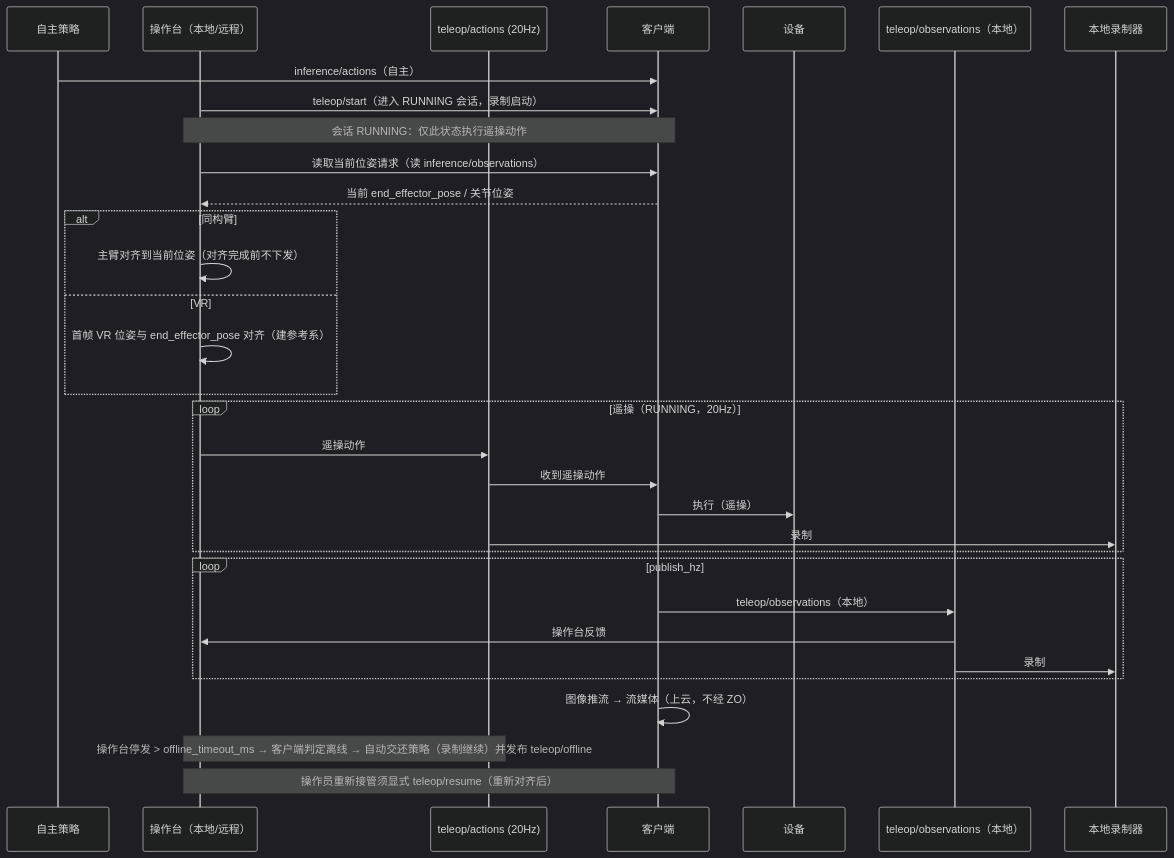
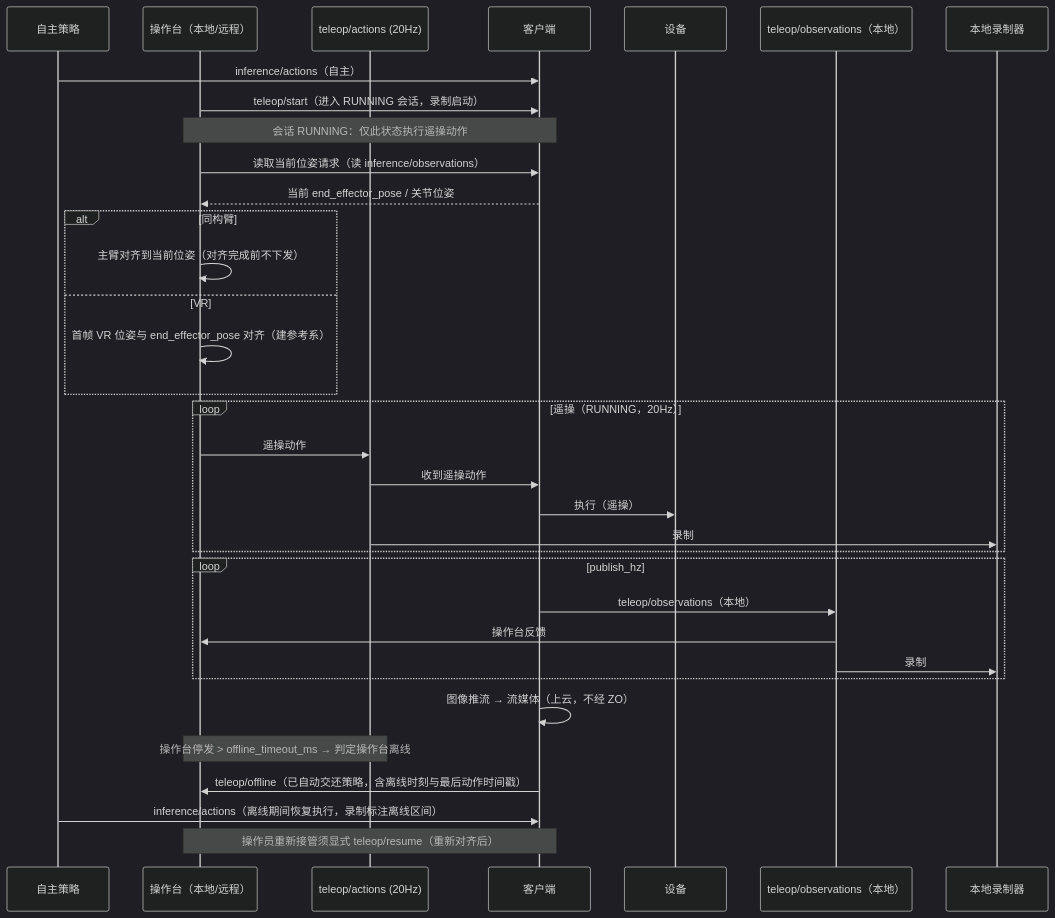
One commit to vincentguiling/cloudrobo-sdk-client changed the diagram in docs/design/r2c-teleop-data-collection-design.md. Above: the diagram before and after it, drawn with Mermaid (dark theme).

Commit message:
docs(design): 更新遥操关键时序图——显式 teleop/offline 事件与离线期策略恢复
- 离线交还由 Note 描述升级为显式消息流：teleop/offline 事件（含离线
  时刻与最后动作时间戳）发往操作台
- 补充离线期间 inference/actions 恢复执行、录制标注离线区间

````diff
--- a/docs/design/r2c-teleop-data-collection-design.md
+++ b/docs/design/r2c-teleop-data-collection-design.md
@@ -144,35 +144,37 @@
 ```mermaid
 sequenceDiagram
     participant P as 自主策略
     participant O as 操作台（本地/远程）
     participant ZA as teleop/actions (20Hz)
     participant C as 客户端
     participant F as 设备
     participant ZO as teleop/observations（本地）
     participant R as 本地录制器
 
     P->>C: inference/actions（自主）
     O->>C: teleop/start（进入 RUNNING 会话，录制启动）
     Note over O,C: 会话 RUNNING：仅此状态执行遥操动作
     O->>C: 读取当前位姿请求（读 inference/observations）
     C-->>O: 当前 end_effector_pose / 关节位姿
     alt 同构臂
         O->>O: 主臂对齐到当前位姿（对齐完成前不下发）
     else VR
         O->>O: 首帧 VR 位姿与 end_effector_pose 对齐（建参考系）
     end
     loop 遥操（RUNNING，20Hz）
         O->>ZA: 遥操动作
         ZA->>C: 收到遥操动作
         C->>F: 执行（遥操）
         ZA->>R: 录制
     end
     loop publish_hz
         C->>ZO: teleop/observations（本地）
         ZO->>O: 操作台反馈
         ZO->>R: 录制
     end
     C->>C: 图像推流 → 流媒体（上云，不经 ZO）
-    Note over O,ZA: 操作台停发 > offline_timeout_ms → 客户端判定离线 → 自动交还策略（录制继续）并发布 teleop/offline
+    Note over O,ZA: 操作台停发 > offline_timeout_ms → 判定操作台离线
+    C->>O: teleop/offline（已自动交还策略，含离线时刻与最后动作时间戳）
+    P->>C: inference/actions（离线期间恢复执行，录制标注离线区间）
     Note over O,C: 操作员重新接管须显式 teleop/resume（重新对齐后）
 ```
````
